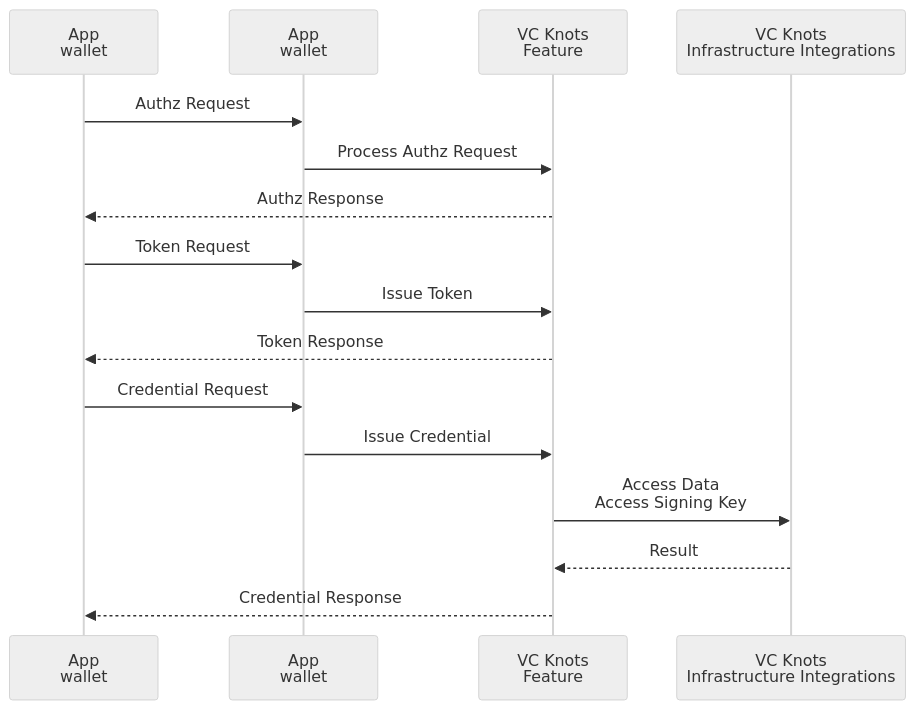
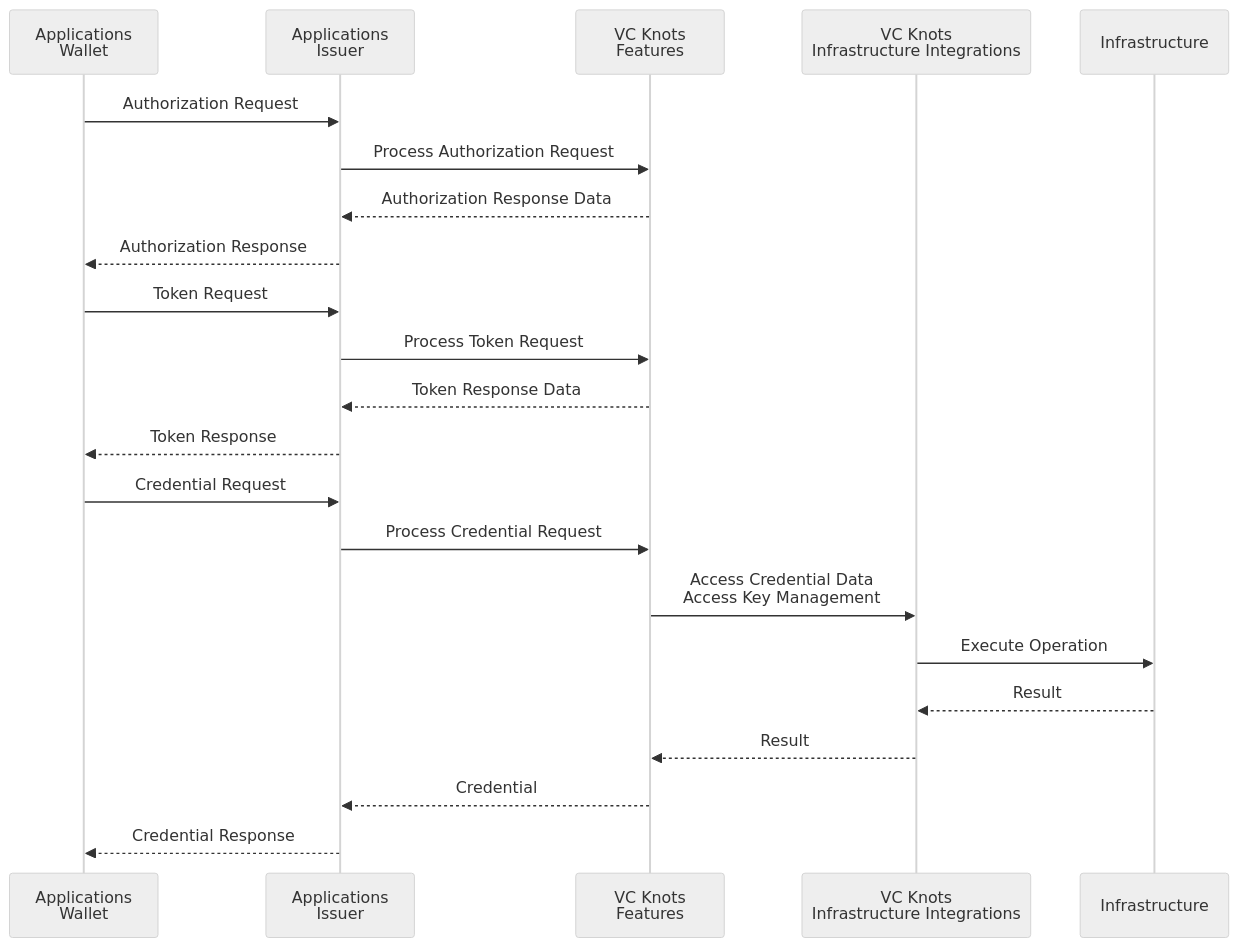
The first of 2 diagrams in docs/i18n/ja/docusaurus-plugin-content-docs/current/architecture-overview.md (trustknots/vcknots), drawn with Mermaid (neutral theme) before and after one commit. The commit also changed other lines of this file and 5 other files, not shown here.

Commit message:
docs(architecture-overview): fix review comments

````diff
--- a/docs/i18n/ja/docusaurus-plugin-content-docs/current/architecture-overview.md
+++ b/docs/i18n/ja/docusaurus-plugin-content-docs/current/architecture-overview.md
@@ -75,24 +86,28 @@
 ```mermaid
 sequenceDiagram
 
-    participant wallet as App<br/>wallet
-    participant issuer as App<br/>wallet
-    participant vcknots as VC Knots<br/>Feature
-    participant infra as VC Knots<br/>Infrastructure Integrations
+    participant wallet as Applications<br/>Wallet
+    participant issuer as Applications<br/>Issuer
+    participant vcknots as VC Knots<br/>Features
+    participant infraint as VC Knots<br/>Infrastructure Integrations
+    participant infra as Infrastructure
 
-    wallet->>issuer: Authz Request
-    issuer->>vcknots: Process Authz Request
-    vcknots-->>wallet: Authz Response
+    wallet->>issuer: Authorization Request
+    issuer->>vcknots: Process Authorization Request
+    vcknots-->>issuer: Authorization Response Data
+    issuer-->>wallet: Authorization Response
 
     wallet->>issuer: Token Request
-    issuer->>vcknots: Issue Token
-    vcknots-->>wallet: Token Response
+    issuer->>vcknots: Process Token Request
+    vcknots-->>issuer: Token Response Data
+    issuer-->>wallet: Token Response
 
     wallet->>issuer: Credential Request
-    issuer->>vcknots: Issue Credential
-
-    vcknots->>infra: Access Data<br/>Access Signing Key
-    infra-->>vcknots: Result
-
-    vcknots-->>wallet: Credential Response
+    issuer->>vcknots: Process Credential Request
+    vcknots->>infraint: Access Credential Data<br/>Access Key Management
+    infraint->>infra: Execute Operation
+    infra-->>infraint: Result
+    infraint-->>vcknots: Result
+    vcknots-->>issuer: Credential
+    issuer-->>wallet: Credential Response
 ```
````
